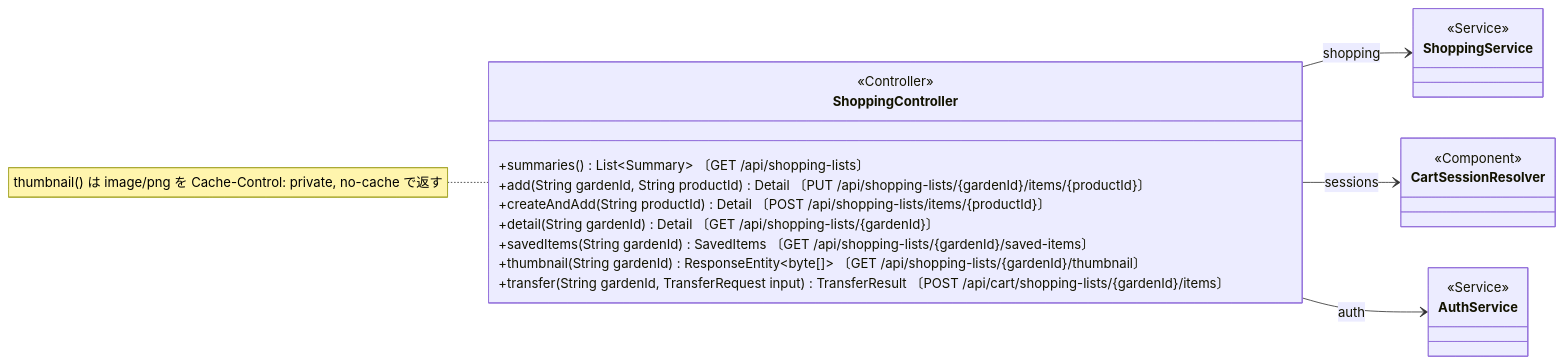
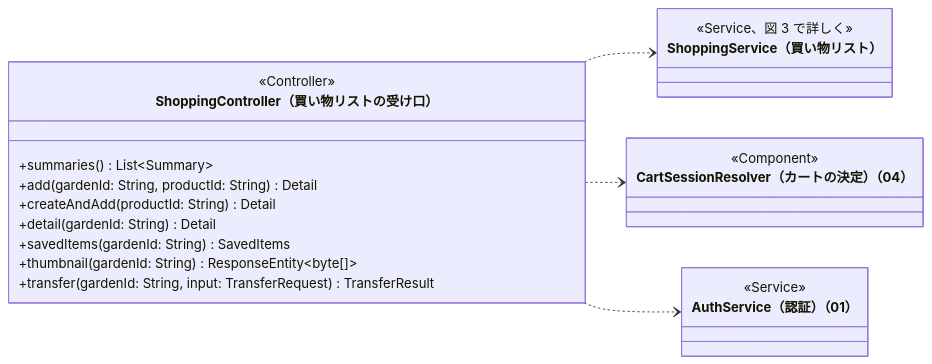
The fourth of 8 diagrams in クラス図/kusakari-ec/06_買い物リスト.md (abeouga/kusakari-document), drawn with Mermaid before and after one commit. The commit also changed other lines of this file and 87 other files, not shown here.

Commit message:
EC のクラス図に全体図を足し、詳細図をデータとモジュールの図に分けて書き直す

````diff
--- a/クラス図/kusakari-ec/06_買い物リスト.md
+++ b/クラス図/kusakari-ec/06_買い物リスト.md
@@ -208,28 +254,27 @@
 ```mermaid
 classDiagram
-  direction LR
-  class ShoppingController
-  <<Controller>> ShoppingController
-  ShoppingController : +summaries() List~Summary~ 〔GET /api/shopping-lists〕
-  ShoppingController : +add(String gardenId, String productId) Detail 〔PUT /api/shopping-lists/{gardenId}/items/{productId}〕
-  ShoppingController : +createAndAdd(String productId) Detail 〔POST /api/shopping-lists/items/{productId}〕
-  ShoppingController : +detail(String gardenId) Detail 〔GET /api/shopping-lists/{gardenId}〕
-  ShoppingController : +savedItems(String gardenId) SavedItems 〔GET /api/shopping-lists/{gardenId}/saved-items〕
-  ShoppingController : +thumbnail(String gardenId) ResponseEntity~byte[]~ 〔GET /api/shopping-lists/{gardenId}/thumbnail〕
-  ShoppingController : +transfer(String gardenId, TransferRequest input) TransferResult 〔POST /api/cart/shopping-lists/{gardenId}/items〕
-  class ShoppingService {
-    <<Service>>
-  }
-  class CartSessionResolver {
-    <<Component>>
-  }
-  class AuthService {
-    <<Service>>
-  }
+    direction LR
+    class ShoppingController["ShoppingController（買い物リストの受け口）"] {
+        <<Controller>>
+        +summaries() List~Summary~
+        +add(gardenId: String, productId: String) Detail
+        +createAndAdd(productId: String) Detail
+        +detail(gardenId: String) Detail
+        +savedItems(gardenId: String) SavedItems
+        +thumbnail(gardenId: String) ResponseEntity~byte[]~
+        +transfer(gardenId: String, input: TransferRequest) TransferResult
+    }
+    class ShoppingService["ShoppingService（買い物リスト）"] {
+        <<Service、図 3 で詳しく>>
+    }
+    class CartSessionResolver["CartSessionResolver（カートの決定）（04）"] {
+        <<Component>>
+    }
+    class AuthService["AuthService（認証）（01）"] {
+        <<Service>>
+    }
 
-  ShoppingController --> ShoppingService : shopping
-  ShoppingController --> CartSessionResolver : sessions
-  ShoppingController --> AuthService : auth
-
-  note for ShoppingController "thumbnail() は image/png を Cache-Control: private, no-cache で返す"
+    ShoppingController ..> ShoppingService
+    ShoppingController ..> CartSessionResolver
+    ShoppingController ..> AuthService
 ```
````
